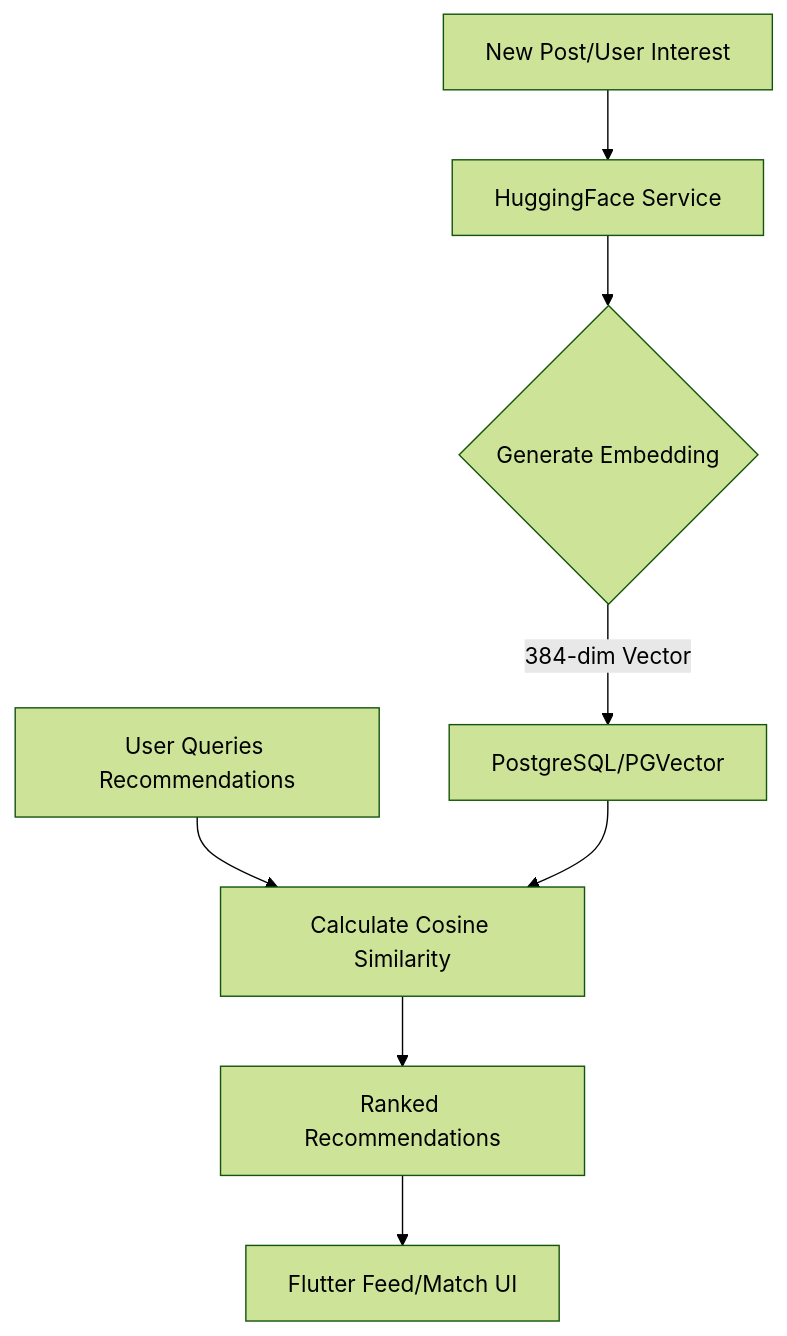
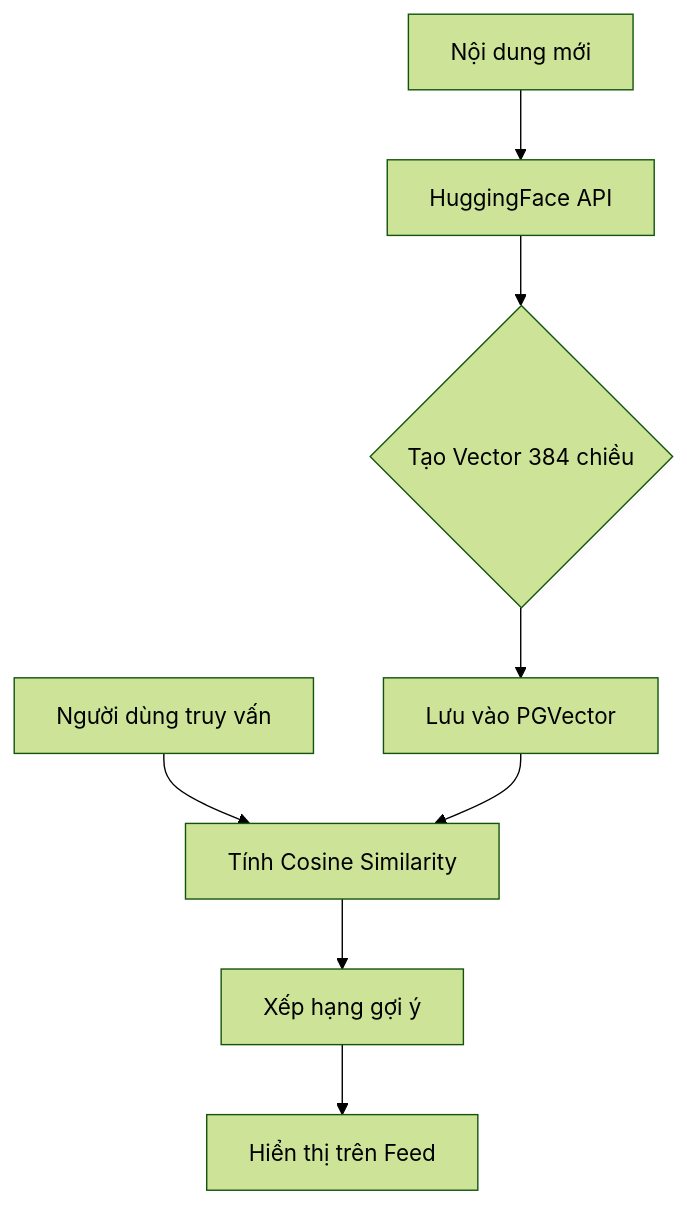
The second of 2 diagrams in README.md (luana2322/fyn-monolithic), drawn with Mermaid (forest theme) before and after one commit. The commit also changed other lines of this file and 58 other files, not shown here.

````diff
--- a/README.md
+++ b/README.md
@@ -74,10 +123,10 @@
 ```mermaid
 graph TD
-    A[New Post/User Interest] --> B[HuggingFace Service]
-    B --> C{Generate Embedding}
-    C -->|384-dim Vector| D[PostgreSQL/PGVector]
-    E[User Queries Recommendations] --> F[Calculate Cosine Similarity]
+    A[Nội dung mới] --> B[HuggingFace API]
+    B --> C{Tạo Vector 384 chiều}
+    C --> D[Lưu vào PGVector]
+    E[Người dùng truy vấn] --> F[Tính Cosine Similarity]
     D --> F
-    F --> G[Ranked Recommendations]
-    G --> H[Flutter Feed/Match UI]
+    F --> G[Xếp hạng gợi ý]
+    G --> H[Hiển thị trên Feed]
 ```
````
